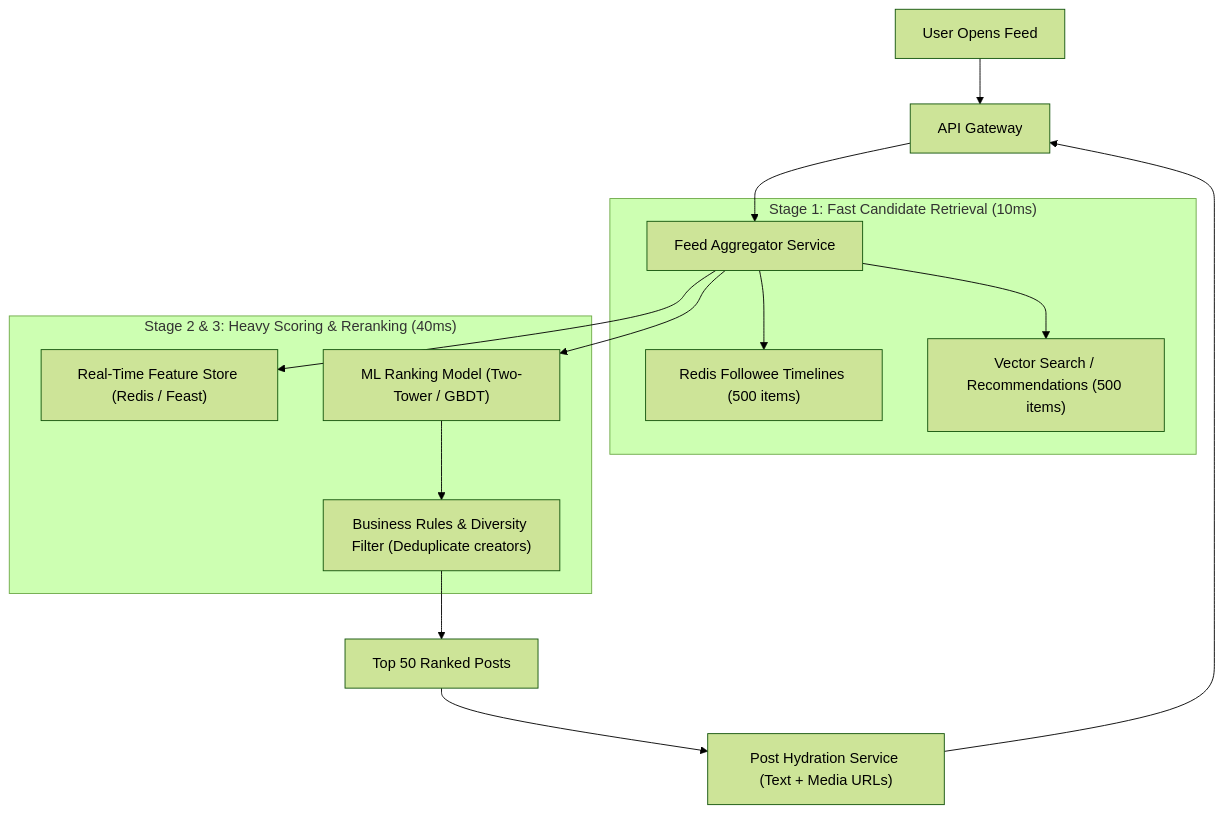
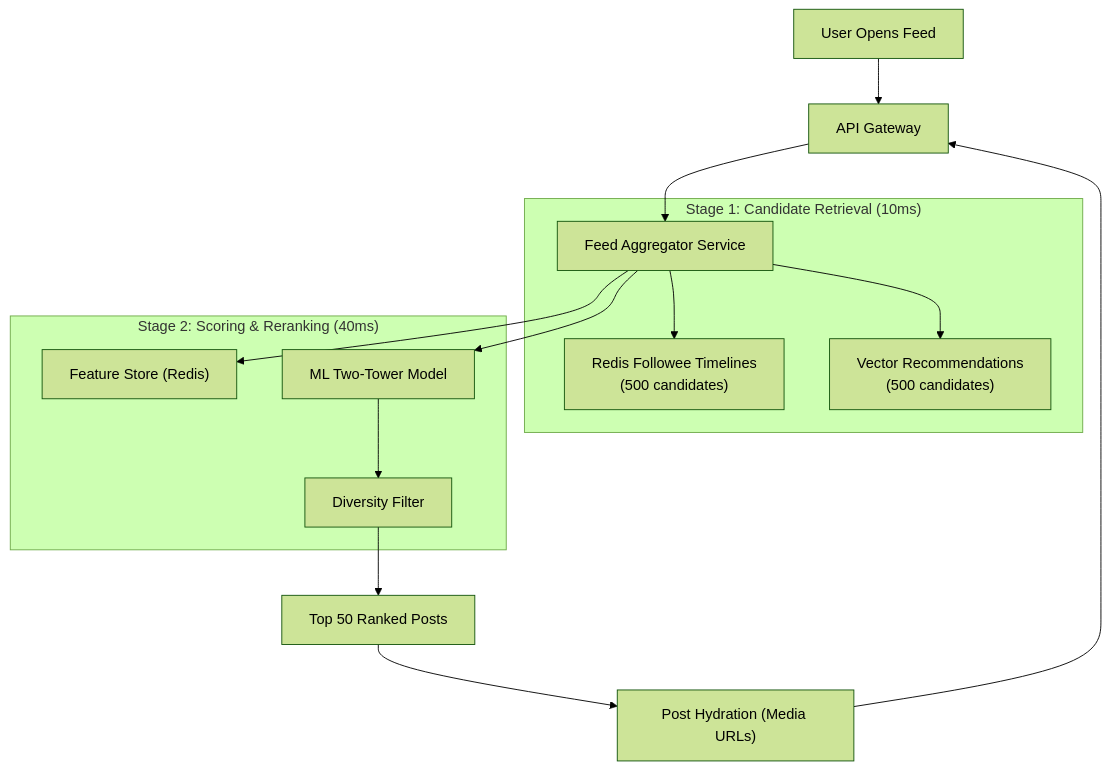
One commit to Sourav108/strivers-lld changed the diagram in strivers-hld/18-Interview-Problems-Product-Scale/01-News-Feed-Ranking-System/README.md. Above: the diagram before and after it, drawn with Mermaid (forest theme). The commit also changed 39 other files, not shown here.

Commit message:
fix(mermaid): wrap node labels, simplify diamonds, and reformat wide diagrams for perfect GitHub rendering

````diff
--- a/strivers-hld/18-Interview-Problems-Product-Scale/01-News-Feed-Ranking-System/README.md
+++ b/strivers-hld/18-Interview-Problems-Product-Scale/01-News-Feed-Ranking-System/README.md
@@ -5,20 +5,20 @@
 ```mermaid
 flowchart TD
     Client["User Opens Feed"] --> Gateway["API Gateway"]
     Gateway --> FeedAggregator["Feed Aggregator Service"]
 
-    subgraph CandidateGeneration["Stage 1: Fast Candidate Retrieval (10ms)"]
-        FeedAggregator --> RedisTimeline["Redis Followee Timelines (500 items)"]
-        FeedAggregator --> RecEngine["Vector Search / Recommendations (500 items)"]
+    subgraph CandidateGeneration["Stage 1: Candidate Retrieval (10ms)"]
+        FeedAggregator --> RedisTimeline["Redis Followee Timelines<br/>(500 candidates)"]
+        FeedAggregator --> RecEngine["Vector Recommendations<br/>(500 candidates)"]
     end
 
-    subgraph MLRankingPipeline["Stage 2 & 3: Heavy Scoring & Reranking (40ms)"]
-        FeedAggregator --> FeatureStore["Real-Time Feature Store (Redis / Feast)"]
-        FeedAggregator --> MLScorer["ML Ranking Model (Two-Tower / GBDT)"]
-        MLScorer --> DiversityFilter["Business Rules & Diversity Filter (Deduplicate creators)"]
+    subgraph MLRankingPipeline["Stage 2: Scoring & Reranking (40ms)"]
+        FeedAggregator --> FeatureStore["Feature Store (Redis)"]
+        FeedAggregator --> MLScorer["ML Two-Tower Model"]
+        MLScorer --> DiversityFilter["Diversity Filter"]
     end
 
     DiversityFilter --> Top50["Top 50 Ranked Posts"]
-    Top50 --> Hydrator["Post Hydration Service (Text + Media URLs)"]
+    Top50 --> Hydrator["Post Hydration (Media URLs)"]
     Hydrator --> Gateway
 ```
````
